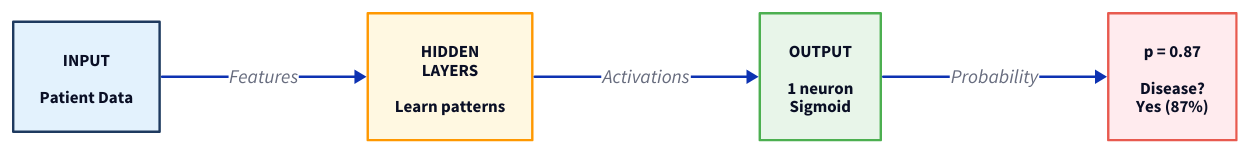
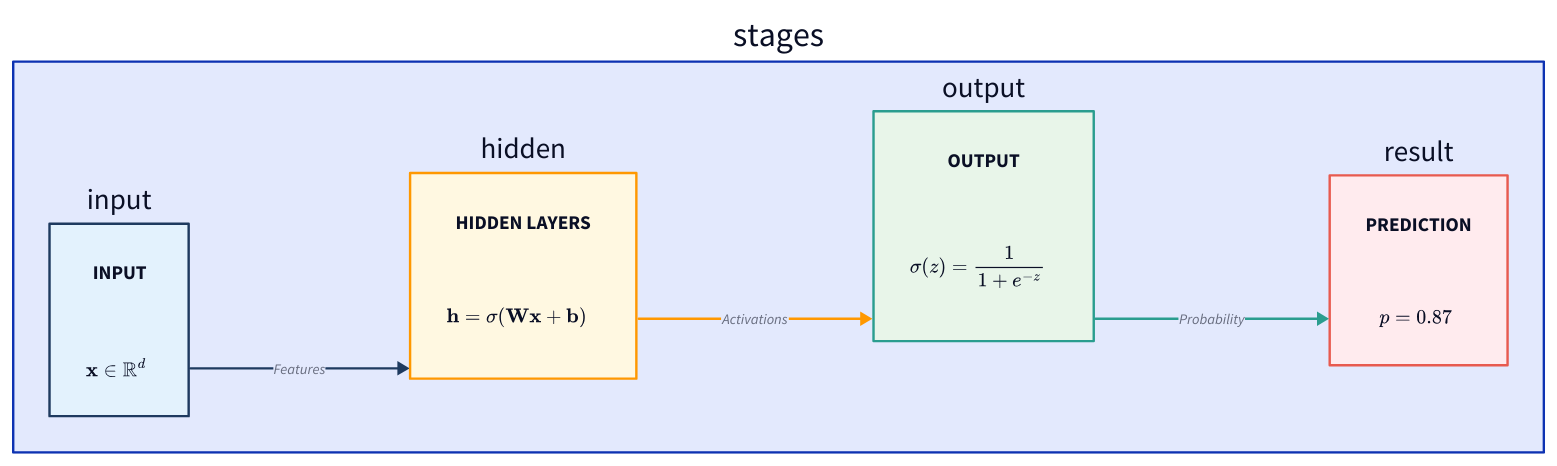
One commit to nipunbatra/principles-ai-teaching changed the diagram in ml-tasks/diagrams/nn_binary_classification.d2. Above: the diagram before and after it, drawn with D2. The commit also changed 14 other files, not shown here.

First line of the commit message:
Add NN diagrams with actual nodes using matplotlib

```diff
--- a/ml-tasks/diagrams/nn_binary_classification.d2
+++ b/ml-tasks/diagrams/nn_binary_classification.d2
@@ -1,43 +1,116 @@
 # Neural Network for Binary Classification
 
 direction: right
 
-input: {
-  label: INPUT\n\nPatient Data
-  shape: rectangle
-  style.fill: "#E3F2FD"
-  style.stroke: "#1e3a5f"
-  style.stroke-width: 2
-  style.font-size: 14
+vars: {
+  primary: "#1e3a5f"
+  success: "#2a9d8f"
+  warning: "#FF9800"
+  accent: "#e85a4f"
+  fill-primary: "#E3F2FD"
+  fill-success: "#E8F5E9"
+  fill-warning: "#FFF8E1"
+  fill-accent: "#FFEBEE"
 }
 
-hidden: {
-  label: HIDDEN\nLAYERS\n\nLearn patterns
-  shape: rectangle
-  style.fill: "#FFF8E1"
-  style.stroke: "#FF9800"
-  style.stroke-width: 2
-  style.font-size: 14
+# Stage containers with nested text + formula
+stages: {
+  direction: right
+
+  input: {
+    style.fill: ${fill-primary}
+    style.stroke: ${primary}
+    style.stroke-width: 2
+
+    header: "INPUT" {
+      shape: text
+      style.bold: true
+      style.font-size: 16
+    }
+    desc: "Patient Data" {
+      shape: text
+      style.font-size: 13
+    }
+    formula: {
+      label: |latex
+        \\mathbf{x} \\in \\mathbb{R}^d
+      |
+    }
+  }
+
+  hidden: {
+    style.fill: ${fill-warning}
+    style.stroke: ${warning}
+    style.stroke-width: 2
+
+    header: "HIDDEN LAYERS" {
+      shape: text
+      style.bold: true
+      style.font-size: 16
+    }
+    desc: "Learn patterns" {
+      shape: text
+      style.font-size: 13
+    }
+    formula: {
+      label: |latex
+        \\mathbf{h} = \\sigma(\\mathbf{Wx} + \\mathbf{b})
+      |
+    }
+  }
+
+  output: {
+    style.fill: ${fill-success}
+    style.stroke: ${success}
+    style.stroke-width: 2
+
+    header: "OUTPUT" {
+      shape: text
+      style.bold: true
+      style.font-size: 16
+    }
+    desc: "1 neuron (Sigmoid)" {
+      shape: text
+      style.font-size: 13
+    }
+    formula: {
+      label: |latex
+        \\sigma(z) = \\frac{1}{1+e^{-z}}
+      |
+    }
+  }
+
+  result: {
+    style.fill: ${fill-accent}
+    style.stroke: ${accent}
+    style.stroke-width: 2
+
+    header: "PREDICTION" {
+      shape: text
+      style.bold: true
+      style.font-size: 16
+    }
+    formula: {
+      label: |latex
+        p = 0.87
+      |
+    }
+    desc: "Disease? Yes (87%)" {
+      shape: text
+      style.font-size: 13
+    }
+  }
+
+  input -> hidden: Features {
+    style.stroke: ${primary}
+    style.font-size: 12
+  }
+  hidden -> output: Activations {
+    style.stroke: ${warning}
+    style.font-size: 12
+  }
+  output -> result: Probability {
+    style.stroke: ${success}
+    style.font-size: 12
+  }
 }
-
-output: {
-  label: OUTPUT\n\n1 neuron\nSigmoid
-  shape: rectangle
-  style.fill: "#E8F5E9"
-  style.stroke: "#4CAF50"
-  style.stroke-width: 2
-  style.font-size: 14
-}
-
-result: {
-  label: p = 0.87\n\nDisease?\nYes (87%)
-  shape: rectangle
-  style.fill: "#FFEBEE"
-  style.stroke: "#e85a4f"
-  style.stroke-width: 2
-  style.font-size: 14
-}
-
-input -> hidden: Features
-hidden -> output: Activations
-output -> result: Probability
```
